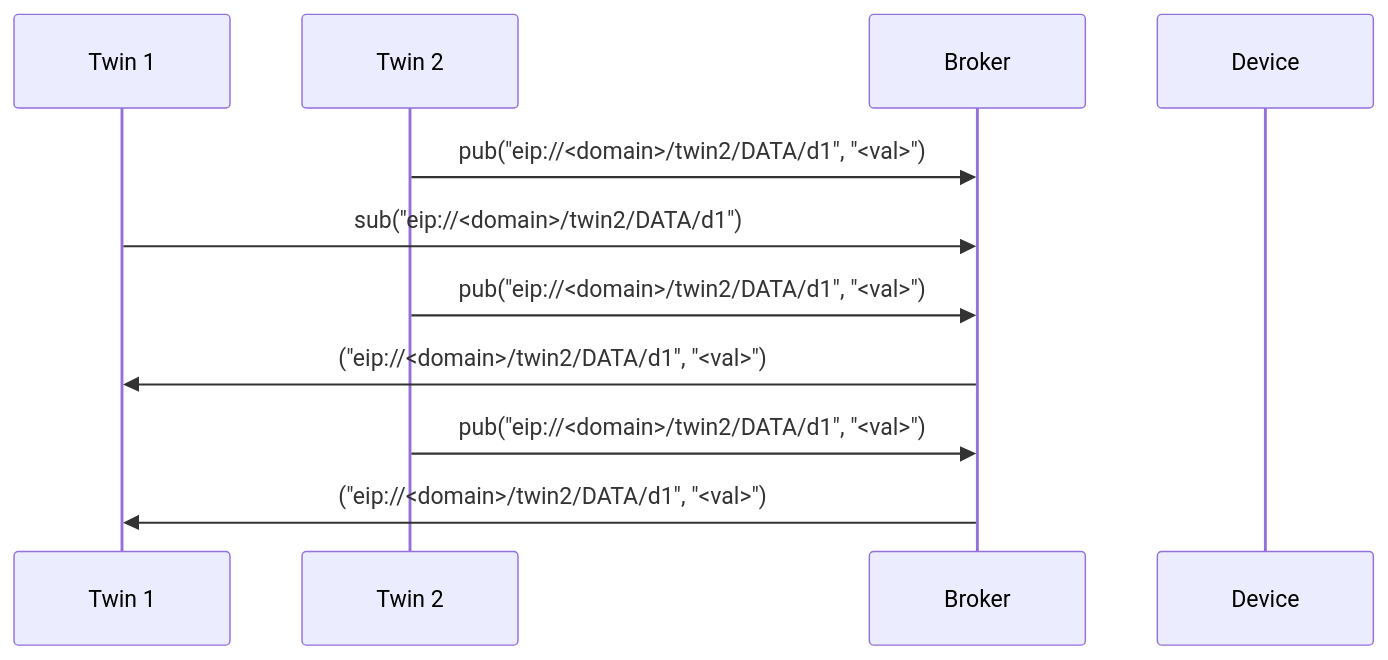
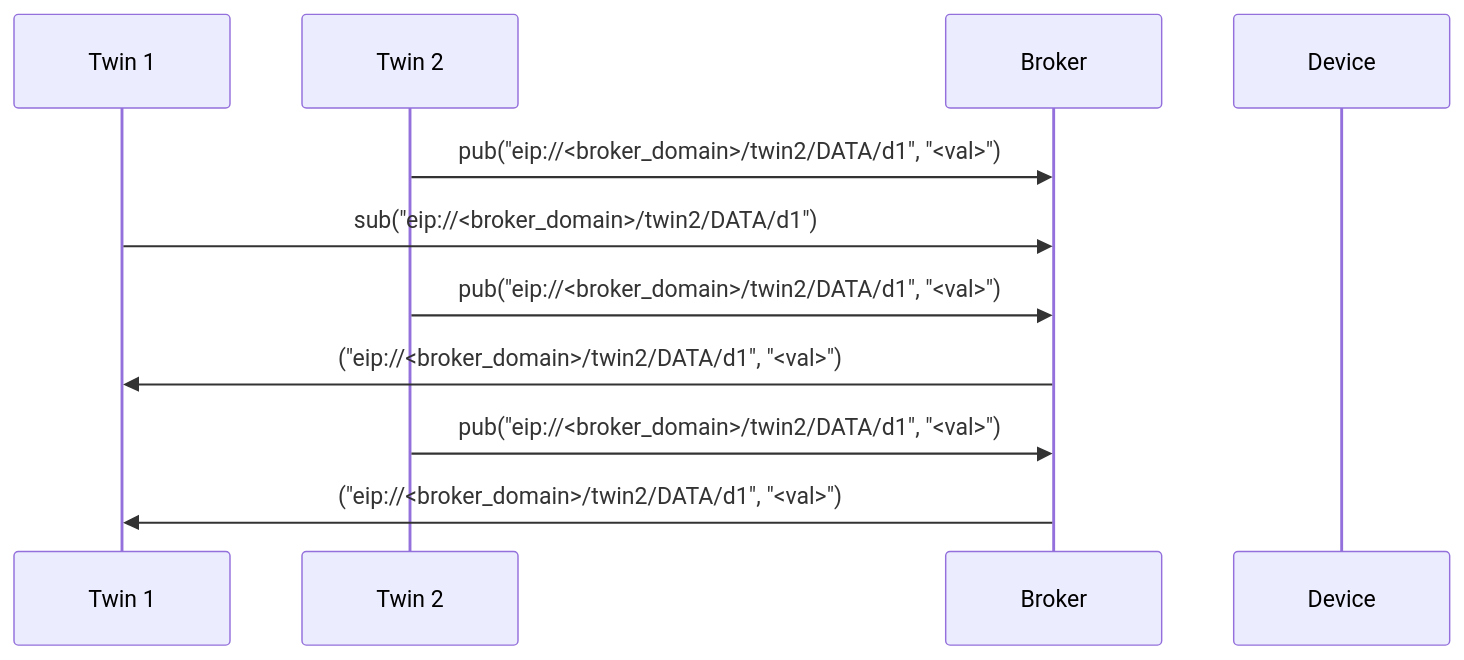
One commit to es-ude/elastic-ai.runtime.cloud changed the second of 5 diagrams in EIP_PROTOCOL.md. Above: the diagram before and after it, drawn with Mermaid. The commit also changed other lines of this file and 3 other files, not shown here.

````diff
--- a/EIP_PROTOCOL.md
+++ b/EIP_PROTOCOL.md
@@ -117,13 +107,14 @@
 ```mermaid
 sequenceDiagram
   participant t1 as Twin 1
   participant t2 as Twin 2
   participant b as Broker
   participant d as Device
-  t2 ->> b: pub("eip://<domain>/twin2/DATA/d1", "<val>")
-  t1 ->> b: sub("eip://<domain>/twin2/DATA/d1")
-  t2 ->> b: pub("eip://<domain>/twin2/DATA/d1", "<val>")
-  b ->> t1: ("eip://<domain>/twin2/DATA/d1", "<val>")
-  t2 ->> b: pub("eip://<domain>/twin2/DATA/d1", "<val>")
-  b ->> t1: ("eip://<domain>/twin2/DATA/d1", "<val>")
+  
+  t2 ->> b: pub("eip://<broker_domain>/twin2/DATA/d1", "<val>")
+  t1 ->> b: sub("eip://<broker_domain>/twin2/DATA/d1")
+  t2 ->> b: pub("eip://<broker_domain>/twin2/DATA/d1", "<val>")
+  b ->> t1: ("eip://<broker_domain>/twin2/DATA/d1", "<val>")
+  t2 ->> b: pub("eip://<broker_domain>/twin2/DATA/d1", "<val>")
+  b ->> t1: ("eip://<broker_domain>/twin2/DATA/d1", "<val>")
 ```
````
